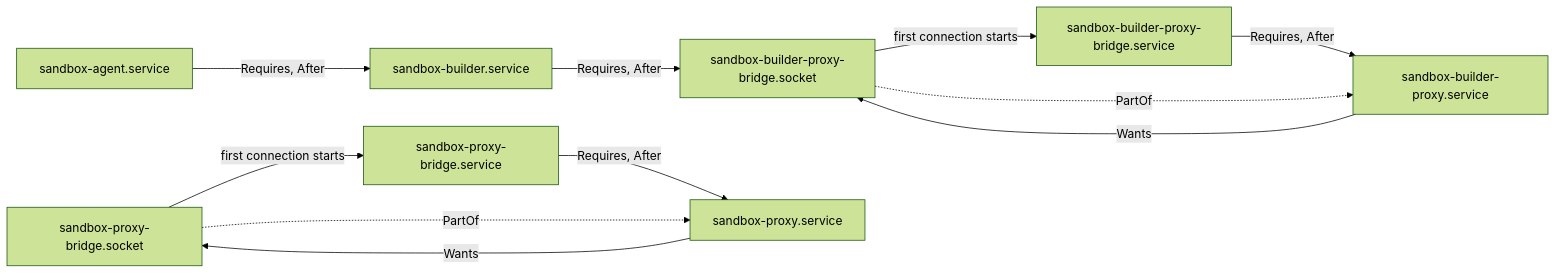
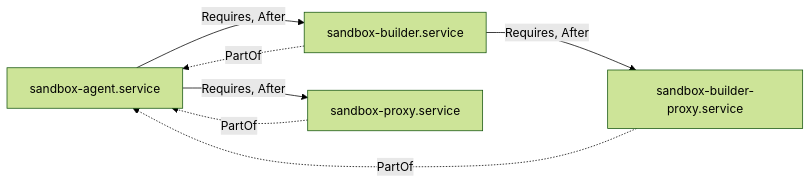
One commit to raghav19/engineersdaybook changed the first of 7 diagrams in .sandbox/docs/internals.md. Above: the diagram before and after it, drawn with Mermaid (forest theme). The commit also changed other lines of this file and 2 other files, not shown here.

````diff
--- a/.sandbox/docs/internals.md
+++ b/.sandbox/docs/internals.md
@@ -68,13 +71,9 @@
 ```mermaid
 flowchart LR
     AG["sandbox-agent.service"] -- "Requires, After" --> BU["sandbox-builder.service"]
-    BU -- "Requires, After" --> BS["sandbox-builder-proxy-bridge.socket"]
-    BS -- "first connection starts" --> BB["sandbox-builder-proxy-bridge.service"]
-    BB -- "Requires, After" --> BP["sandbox-builder-proxy.service"]
-    BP -- "Wants" --> BS
-    BS -. "PartOf" .-> BP
-    HS["sandbox-proxy-bridge.socket"] -- "first connection starts" --> HB["sandbox-proxy-bridge.service"]
-    HB -- "Requires, After" --> HP["sandbox-proxy.service"]
-    HP -- "Wants" --> HS
-    HS -. "PartOf" .-> HP
+    AG -- "Requires, After" --> HP["sandbox-proxy.service"]
+    BU -- "Requires, After" --> BP["sandbox-builder-proxy.service"]
+    BU -. "PartOf" .-> AG
+    HP -. "PartOf" .-> AG
+    BP -. "PartOf" .-> AG
 ```
````
